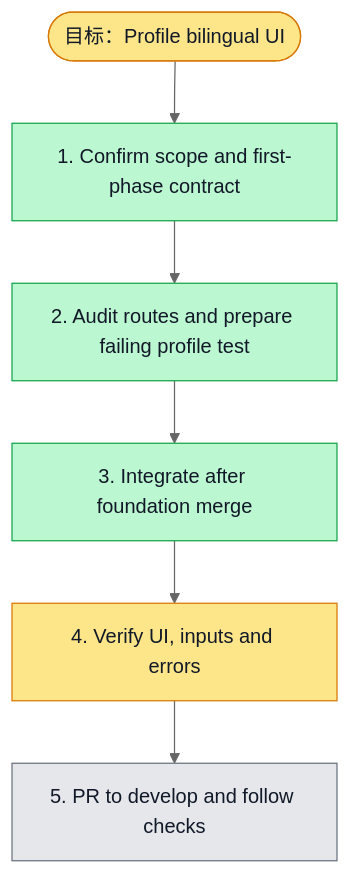
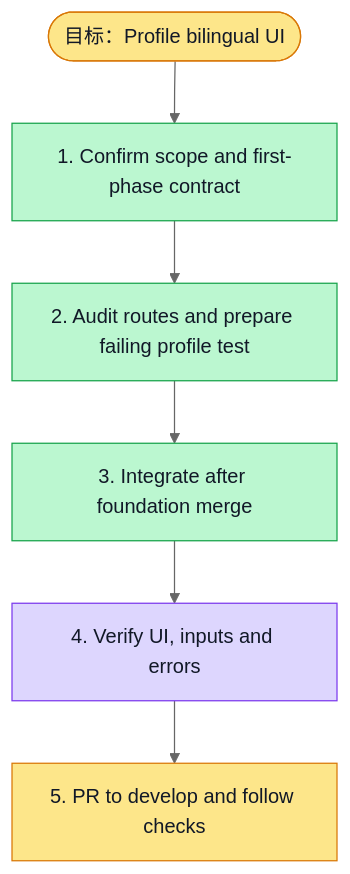
One commit to boardx/workspacex changed the diagram in docs/design/i18n-subpages/execution-plan.md. Above: the diagram before and after it, drawn with Mermaid (neutral theme). The commit also changed 5 other files, not shown here.

Commit message:
test(i18n): record real profile browser evidence and review

````diff
--- a/docs/design/i18n-subpages/execution-plan.md
+++ b/docs/design/i18n-subpages/execution-plan.md
@@ -17,24 +17,25 @@
 ```mermaid
 flowchart TD
   G([目标：Profile bilingual UI])
   S1[1. Confirm scope and first-phase contract]
   S2[2. Audit routes and prepare failing profile test]
   S3[3. Integrate after foundation merge]
   S4[4. Verify UI, inputs and errors]
   S5[5. PR to develop and follow checks]
 
   G --> S1 --> S2 --> S3 --> S4 --> S5
 
   classDef todo fill:#e5e7eb,stroke:#6b7280,color:#111827
   classDef doing fill:#fde68a,stroke:#d97706,color:#111827
   classDef done fill:#bbf7d0,stroke:#16a34a,color:#111827
   classDef tested fill:#ddd6fe,stroke:#7c3aed,color:#111827
   classDef blocked fill:#fecaca,stroke:#dc2626,color:#111827
 
   class G doing
   class S1 done
   class S2 done
   class S3 done
-  class S4 doing
-  class S5 todo
+  class S4 tested
+  %% evidence S4: 24 scoped tests; lint; real backend browser pass; evidence/i18n-profile-6141; final static push gate pending
+  class S5 doing
 ```
````
